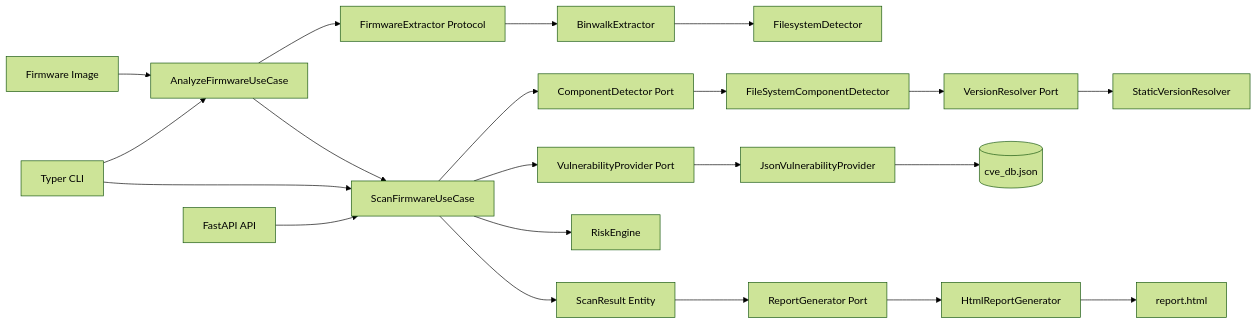
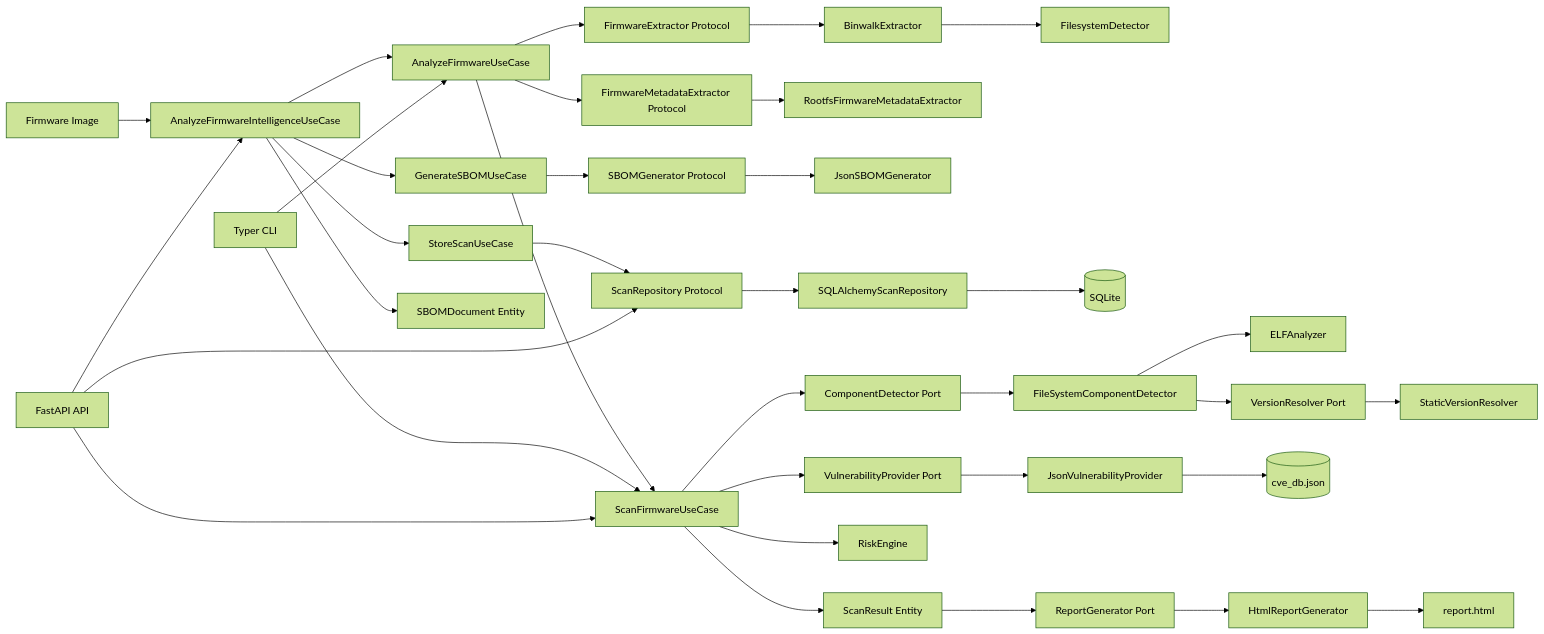
The diagram in docs/architecture.md (Saptarshi-max/FLens), drawn with Mermaid (forest theme) before and after one commit. The commit also changed other lines of this file and 123 other files, not shown here.

Commit message:
- generate SBOMs and persist scan artifacts - support Docker Binwalk extraction for firmware images - improve CLI guidance and add example report screenshots

````diff
--- a/docs/architecture.md
+++ b/docs/architecture.md
@@ -3,27 +3,42 @@
 ```mermaid
 flowchart LR
-    FW[Firmware Image] --> EXUC[AnalyzeFirmwareUseCase]
+    FW[Firmware Image] --> FIUC[AnalyzeFirmwareIntelligenceUseCase]
+    FIUC --> EXUC[AnalyzeFirmwareUseCase]
     EXUC --> FEP[FirmwareExtractor Protocol]
     FEP --> BIN[BinwalkExtractor]
     BIN --> FS[FilesystemDetector]
+    EXUC --> FMEP[FirmwareMetadataExtractor Protocol]
+    FMEP --> RFME[RootfsFirmwareMetadataExtractor]
     EXUC --> UC[ScanFirmwareUseCase]
+    FIUC --> GSBOM[GenerateSBOMUseCase]
+    GSBOM --> SGP[SBOMGenerator Protocol]
+    SGP --> JSG[JsonSBOMGenerator]
+    FIUC --> SSCAN[StoreScanUseCase]
+    SSCAN --> SRP[ScanRepository Protocol]
+    SRP --> SQLR[SQLAlchemyScanRepository]
+    SQLR --> DB[(SQLite)]
+
     CLI[Typer CLI] --> UC
     CLI --> EXUC
     API[FastAPI API] --> UC
+    API --> FIUC
+    API --> SRP
 
     UC --> CD[ComponentDetector Port]
     UC --> VP[VulnerabilityProvider Port]
     UC --> RE[RiskEngine]
 
     CD --> FCD[FileSystemComponentDetector]
+    FCD --> ELF[ELFAnalyzer]
     FCD --> VR[VersionResolver Port]
     VR --> SVR[StaticVersionResolver]
 
     VP --> JVP[JsonVulnerabilityProvider]
     JVP --> CVE[(cve_db.json)]
 
     UC --> SR[ScanResult Entity]
+    FIUC --> SBOMDOC[SBOMDocument Entity]
     SR --> RG[ReportGenerator Port]
     RG --> HRG[HtmlReportGenerator]
     HRG --> HTML[report.html]
 ```
````
